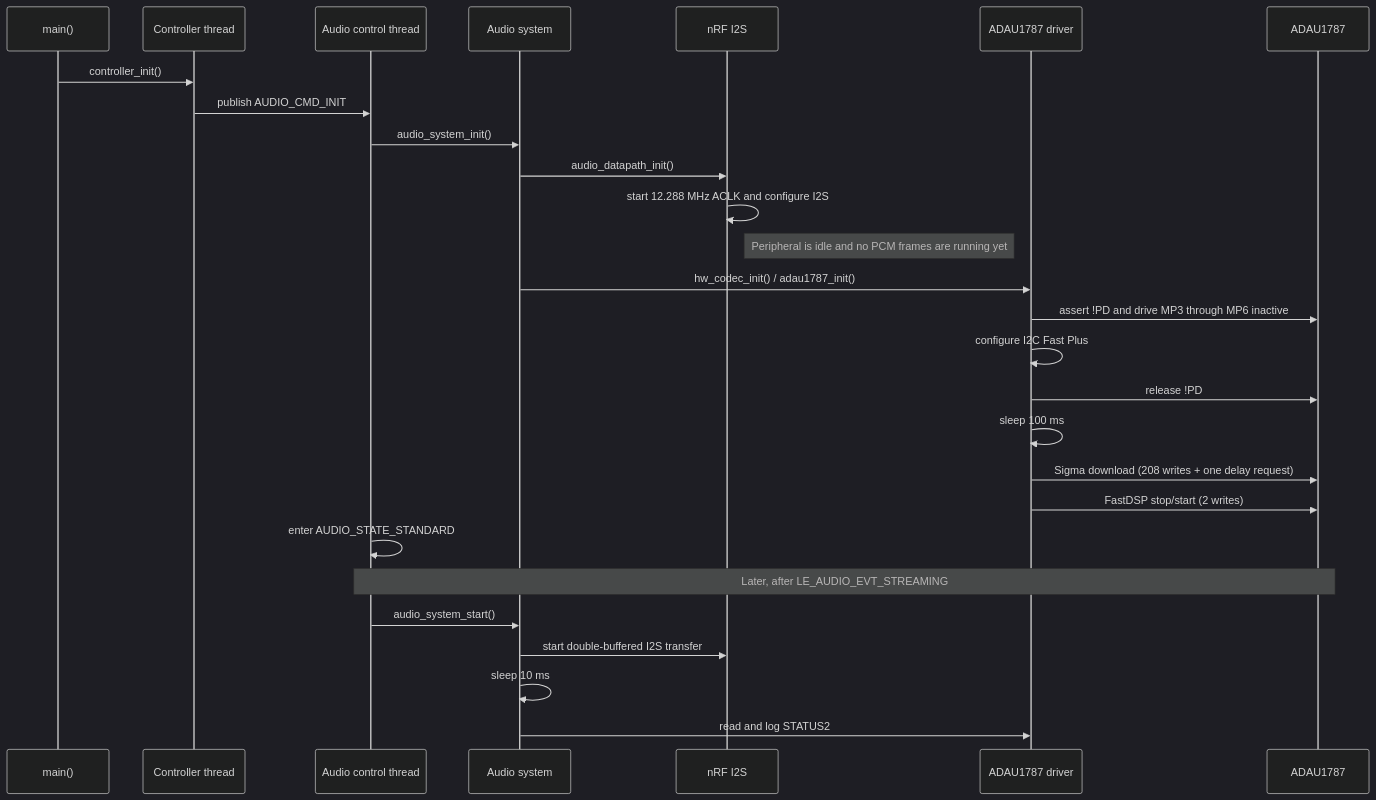
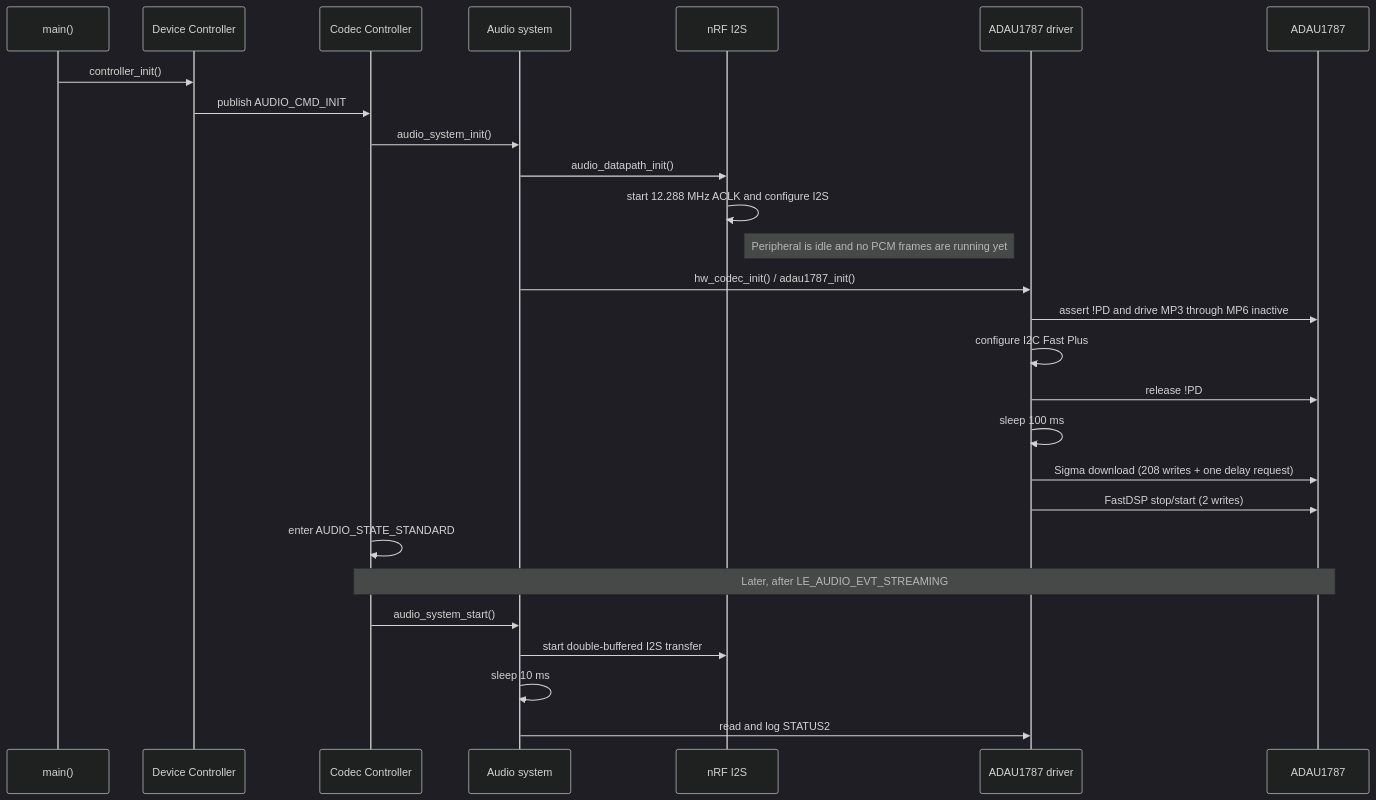
The diagram in docs/modules/adau1787-startup.md (Matheus-Cavalcanti/tiresias-soak-test), drawn with Mermaid (dark theme) before and after one commit. The commit also changed other lines of this file and 5 other files, not shown here.

Commit message:
refines documentation for control plane and subsystem architecture; updates naming conventions and clarifies subsystem responsibilities

````diff
--- a/docs/modules/adau1787-startup.md
+++ b/docs/modules/adau1787-startup.md
@@ -36,31 +36,31 @@
 ```mermaid
 sequenceDiagram
     participant Main as main()
-    participant Controller as Controller thread
-    participant Audio as Audio control thread
+    participant Controller as Device Controller
+    participant Audio as Codec Controller
     participant System as Audio system
     participant I2S as nRF I2S
     participant Driver as ADAU1787 driver
     participant Codec as ADAU1787
 
     Main->>Controller: controller_init()
     Controller->>Audio: publish AUDIO_CMD_INIT
     Audio->>System: audio_system_init()
     System->>I2S: audio_datapath_init()
     I2S->>I2S: start 12.288 MHz ACLK and configure I2S
     Note right of I2S: Peripheral is idle and no PCM frames are running yet
     System->>Driver: hw_codec_init() / adau1787_init()
     Driver->>Codec: assert !PD and drive MP3 through MP6 inactive
     Driver->>Driver: configure I2C Fast Plus
     Driver->>Codec: release !PD
     Driver->>Driver: sleep 100 ms
     Driver->>Codec: Sigma download (208 writes + one delay request)
     Driver->>Codec: FastDSP stop/start (2 writes)
     Audio->>Audio: enter AUDIO_STATE_STANDARD
 
     Note over Audio,Codec: Later, after LE_AUDIO_EVT_STREAMING
     Audio->>System: audio_system_start()
     System->>I2S: start double-buffered I2S transfer
     System->>System: sleep 10 ms
     System->>Driver: read and log STATUS2
 ```
````
